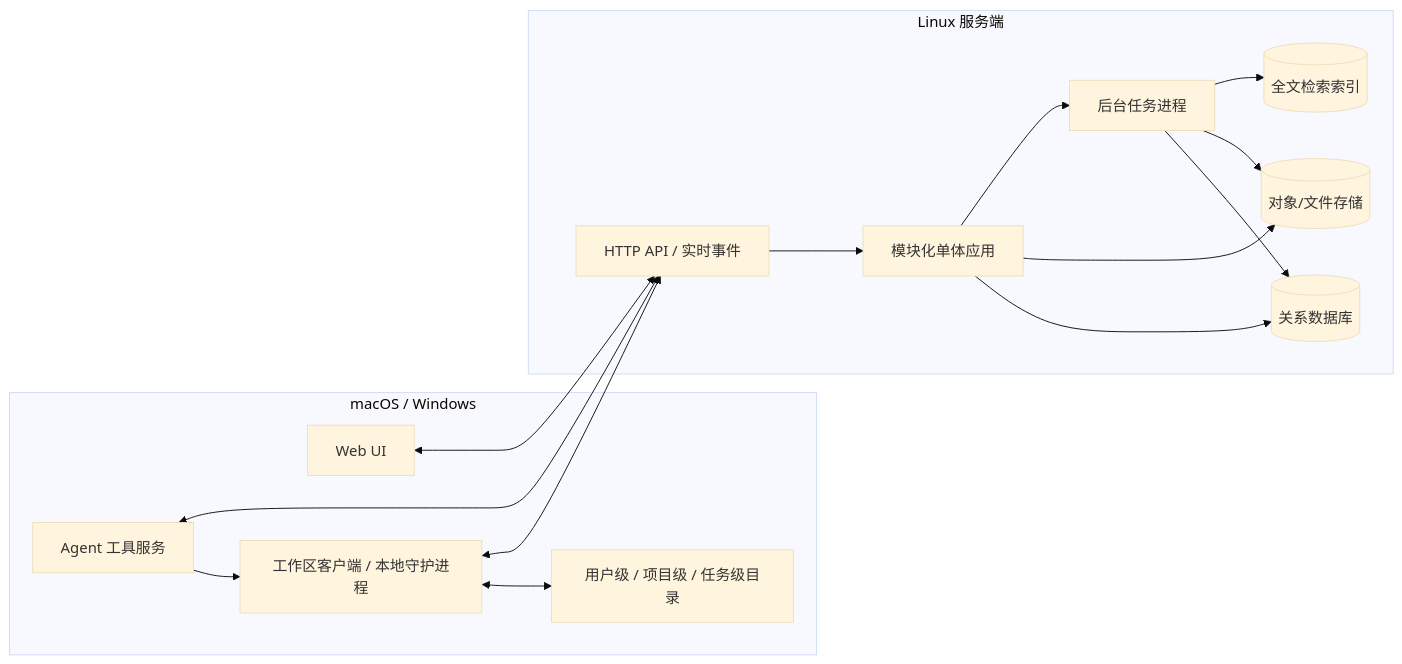
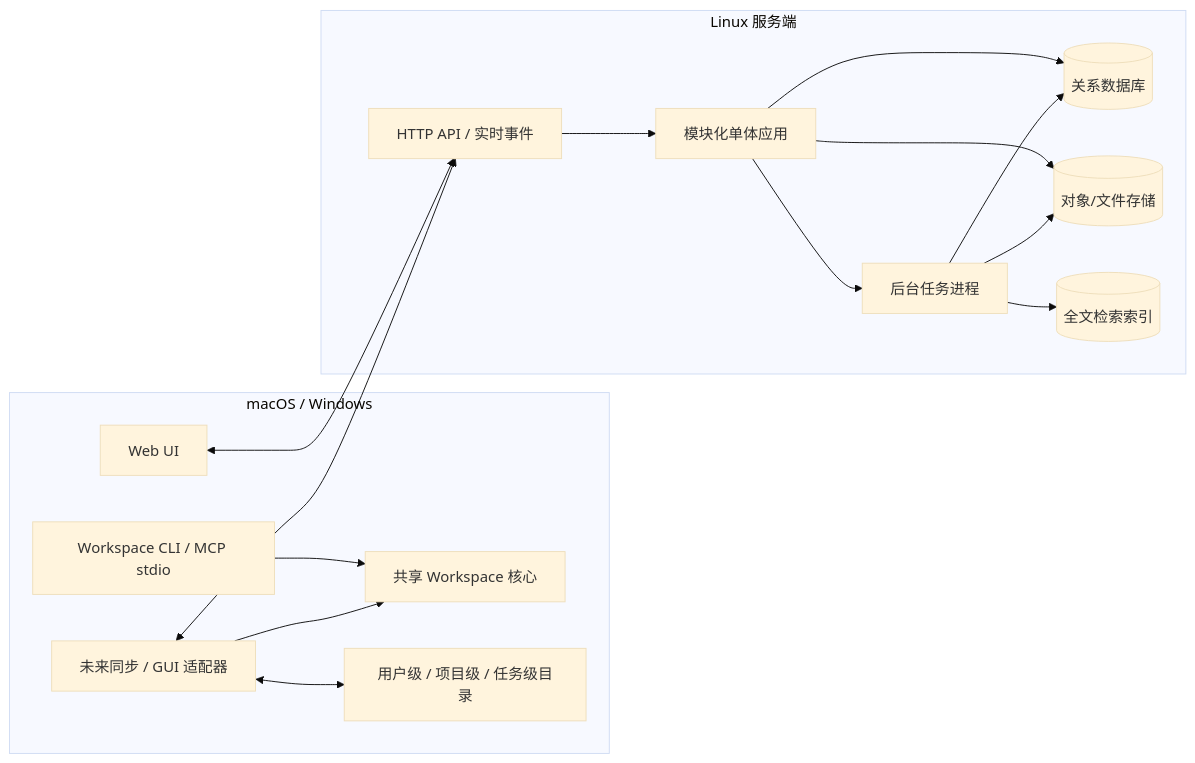
Before and after one commit to V-sion-V/NGAPD: the first of 4 diagrams in docs/04-system-architecture.md, drawn with Mermaid (base theme). The commit also changed other lines of this file and 50 other files, not shown here.

Commit message:
feat: replace desktop shell with workspace CLI

````diff
--- a/docs/04-system-architecture.md
+++ b/docs/04-system-architecture.md
@@ -21,31 +21,32 @@
 ```mermaid
 flowchart LR
     subgraph Clients["macOS / Windows"]
         Browser["Web UI"]
-        Daemon["工作区客户端 / 本地守护进程"]
-        MCP["Agent 工具服务"]
+        CLI["Workspace CLI / MCP stdio"]
+        Core["共享 Workspace 核心"]
+        Adapter["未来同步 / GUI 适配器"]
         FS["用户级 / 项目级 / 任务级目录"]
-        MCP --> Daemon
-        Daemon <--> FS
+        CLI --> Core
+        Adapter --> Core
+        Adapter <--> FS
     end
 
     subgraph Server["Linux 服务端"]
         API["HTTP API / 实时事件"]
         App["模块化单体应用"]
         Worker["后台任务进程"]
         DB[("关系数据库")]
         Object[("对象/文件存储")]
         Search[("全文检索索引")]
         API --> App
         App --> DB
         App --> Object
         App --> Worker
         Worker --> DB
         Worker --> Object
         Worker --> Search
     end
 
     Browser <--> API
-    Daemon <--> API
-    MCP <--> API
+    Adapter <--> API
 ```
````
